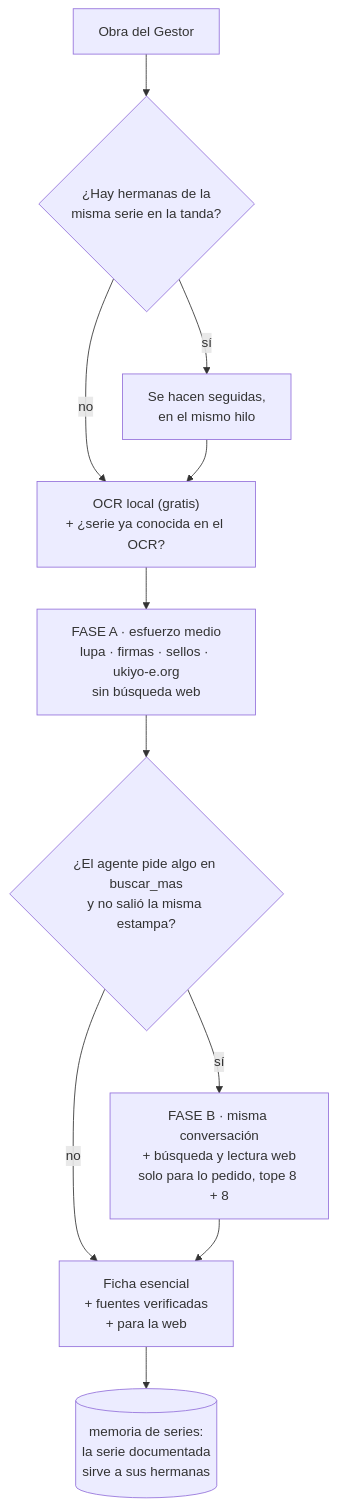
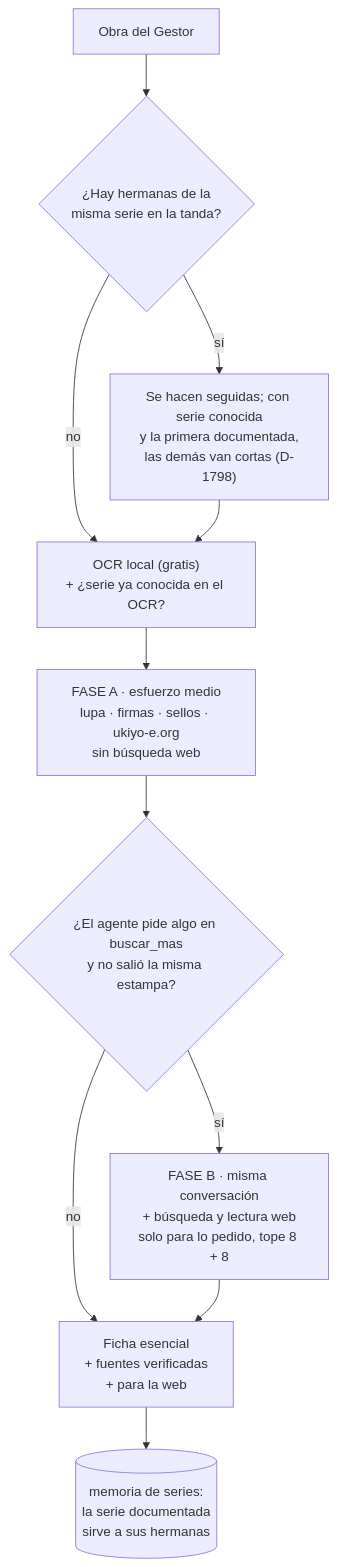
Before and after one commit to acuestmartinez-source/CATALOGADOR: the diagram in docs/05_version_depurada.md, drawn with Mermaid. The commit also changed other lines of this file and 4 other files, not shown here.

````diff
--- a/docs/05_version_depurada.md
+++ b/docs/05_version_depurada.md
@@ -45,13 +45,13 @@
 ```mermaid
 flowchart TD
     O["Obra del Gestor"] --> G{"¿Hay hermanas de la<br/>misma serie en la tanda?"}
-    G -->|sí| S["Se hacen seguidas,<br/>en el mismo hilo"]
+    G -->|sí| S["Se hacen seguidas; con serie conocida<br/>y la primera documentada,<br/>las demás van cortas (D-1798)"]
     G -->|no| A
     S --> A
     A["OCR local (gratis)<br/>+ ¿serie ya conocida en el OCR?"] --> FA
     FA["FASE A · esfuerzo medio<br/>lupa · firmas · sellos · ukiyo-e.org<br/>sin búsqueda web"] --> D{"¿El agente pide algo en buscar_mas<br/>y no salió la misma estampa?"}
     D -->|no| FIN
     D -->|sí| FB["FASE B · misma conversación<br/>+ búsqueda y lectura web<br/>solo para lo pedido, tope 8 + 8"]
     FB --> FIN["Ficha esencial<br/>+ fuentes verificadas<br/>+ para la web"]
     FIN --> M[("memoria de series:<br/>la serie documentada<br/>sirve a sus hermanas")]
 ```
````
